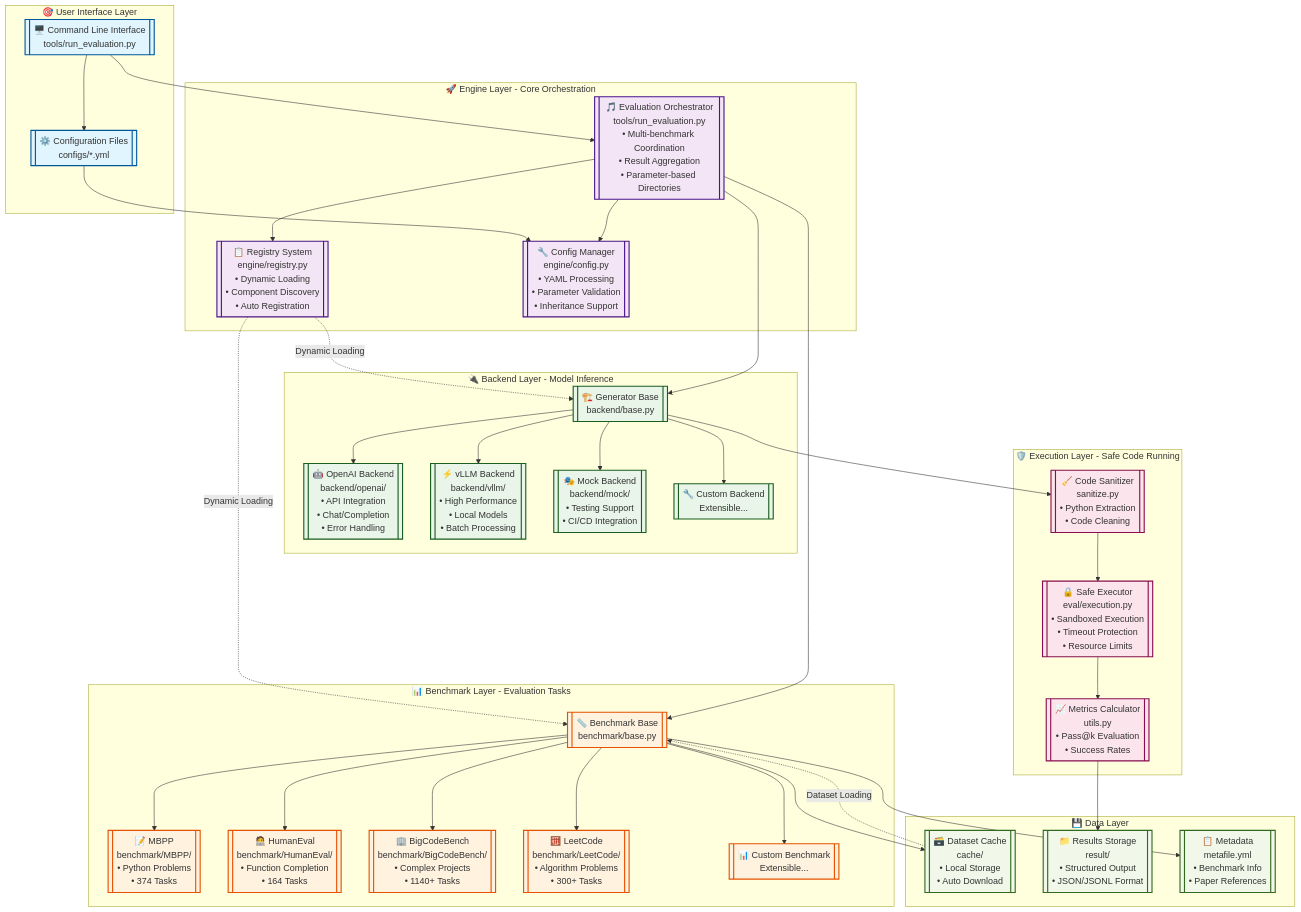
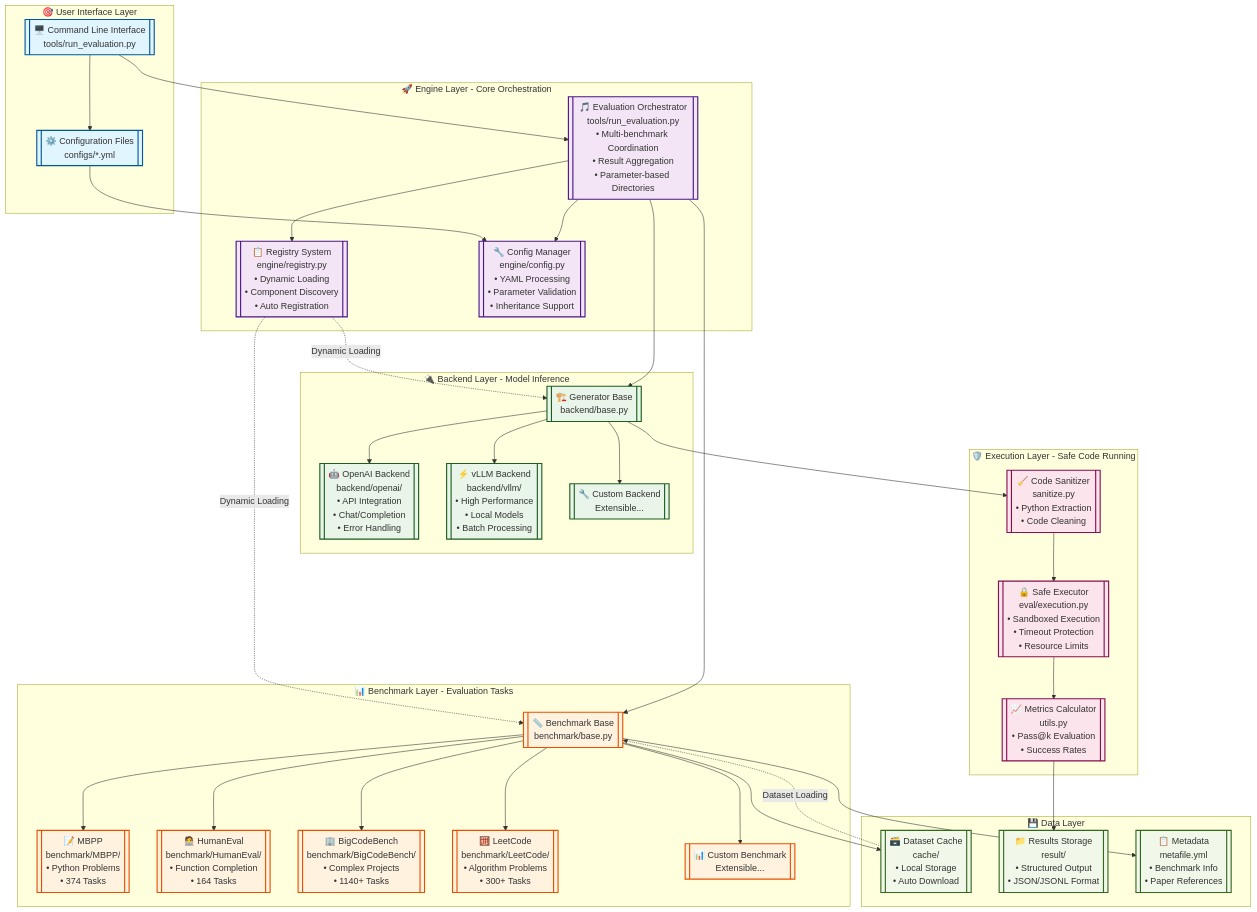
The diagram in docs/system_architecture.mmd (crkuo/twinkle_coder_eval), drawn with Mermaid before and after one commit. The commit also changed 19 other files, not shown here.

First line of the commit message:
Add new benchmarks, fix OpenAI backend, and enhance framework architecture

```diff
--- a/docs/system_architecture.mmd
+++ b/docs/system_architecture.mmd
@@ -1,92 +1,90 @@
 graph TB
     subgraph "🎯 User Interface Layer"
         CLI[["🖥️ Command Line Interface<br/>tools/run_evaluation.py"]]
         CONFIG[["⚙️ Configuration Files<br/>configs/*.yml"]]
     end
     
     subgraph "🚀 Engine Layer - Core Orchestration"
         REGISTRY[["📋 Registry System<br/>engine/registry.py<br/>• Dynamic Loading<br/>• Component Discovery<br/>• Auto Registration"]]
         CONFIGMGR[["🔧 Config Manager<br/>engine/config.py<br/>• YAML Processing<br/>• Parameter Validation<br/>• Inheritance Support"]]
         ORCHESTRATOR[["🎵 Evaluation Orchestrator<br/>tools/run_evaluation.py<br/>• Multi-benchmark Coordination<br/>• Result Aggregation<br/>• Parameter-based Directories"]]
     end
     
     subgraph "🔌 Backend Layer - Model Inference"
         BACKEND_BASE[["🏗️ Generator Base<br/>backend/base.py"]]
         OPENAI[["🤖 OpenAI Backend<br/>backend/openai/<br/>• API Integration<br/>• Chat/Completion<br/>• Error Handling"]]
         VLLM[["⚡ vLLM Backend<br/>backend/vllm/<br/>• High Performance<br/>• Local Models<br/>• Batch Processing"]]
-        MOCK[["🎭 Mock Backend<br/>backend/mock/<br/>• Testing Support<br/>• CI/CD Integration"]]
         CUSTOM_BACKEND[["🔧 Custom Backend<br/>Extensible..."]]
     end
     
     subgraph "📊 Benchmark Layer - Evaluation Tasks"
         BENCHMARK_BASE[["📏 Benchmark Base<br/>benchmark/base.py"]]
         MBPP[["📝 MBPP<br/>benchmark/MBPP/<br/>• Python Problems<br/>• 374 Tasks"]]
         HUMANEVAL[["🧑‍💻 HumanEval<br/>benchmark/HumanEval/<br/>• Function Completion<br/>• 164 Tasks"]]
         BIGCODEBENCH[["🏢 BigCodeBench<br/>benchmark/BigCodeBench/<br/>• Complex Projects<br/>• 1140+ Tasks"]]
         LEETCODE[["🧮 LeetCode<br/>benchmark/LeetCode/<br/>• Algorithm Problems<br/>• 300+ Tasks"]]
         CUSTOM_BENCHMARK[["📊 Custom Benchmark<br/>Extensible..."]]
     end
     
     subgraph "🛡️ Execution Layer - Safe Code Running"
         SANITIZER[["🧹 Code Sanitizer<br/>sanitize.py<br/>• Python Extraction<br/>• Code Cleaning"]]
         EXECUTOR[["🔒 Safe Executor<br/>eval/execution.py<br/>• Sandboxed Execution<br/>• Timeout Protection<br/>• Resource Limits"]]
         METRICS[["📈 Metrics Calculator<br/>utils.py<br/>• Pass@k Evaluation<br/>• Success Rates"]]
     end
     
     subgraph "💾 Data Layer"
         CACHE[["🗃️ Dataset Cache<br/>cache/<br/>• Local Storage<br/>• Auto Download"]]
         RESULTS[["📁 Results Storage<br/>result/<br/>• Structured Output<br/>• JSON/JSONL Format"]]
         METADATA[["📋 Metadata<br/>metafile.yml<br/>• Benchmark Info<br/>• Paper References"]]
     end
     
     %% User Flow
     CLI --> CONFIG
     CONFIG --> CONFIGMGR
     CLI --> ORCHESTRATOR
     
     %% Engine Layer Connections
     ORCHESTRATOR --> REGISTRY
     ORCHESTRATOR --> CONFIGMGR
     REGISTRY -.->|"Dynamic Loading"| BACKEND_BASE
     REGISTRY -.->|"Dynamic Loading"| BENCHMARK_BASE
     
     %% Backend Registration
     BACKEND_BASE --> OPENAI
     BACKEND_BASE --> VLLM
-    BACKEND_BASE --> MOCK
     BACKEND_BASE --> CUSTOM_BACKEND
     
     %% Benchmark Registration  
     BENCHMARK_BASE --> MBPP
     BENCHMARK_BASE --> HUMANEVAL
     BENCHMARK_BASE --> BIGCODEBENCH
     BENCHMARK_BASE --> LEETCODE
     BENCHMARK_BASE --> CUSTOM_BENCHMARK
     
     %% Execution Flow
     ORCHESTRATOR --> BACKEND_BASE
     ORCHESTRATOR --> BENCHMARK_BASE
     BACKEND_BASE --> SANITIZER
     SANITIZER --> EXECUTOR
     EXECUTOR --> METRICS
     METRICS --> RESULTS
     
     %% Data Flow
     BENCHMARK_BASE --> CACHE
     BENCHMARK_BASE --> METADATA
     CACHE -.->|"Dataset Loading"| BENCHMARK_BASE
     
     %% Styling
     classDef userLayer fill:#e1f5fe,stroke:#01579b,stroke-width:2px
     classDef engineLayer fill:#f3e5f5,stroke:#4a148c,stroke-width:2px
     classDef backendLayer fill:#e8f5e8,stroke:#1b5e20,stroke-width:2px
     classDef benchmarkLayer fill:#fff3e0,stroke:#e65100,stroke-width:2px
     classDef executionLayer fill:#fce4ec,stroke:#880e4f,stroke-width:2px
     classDef dataLayer fill:#f1f8e9,stroke:#33691e,stroke-width:2px
     
     class CLI,CONFIG userLayer
     class REGISTRY,CONFIGMGR,ORCHESTRATOR engineLayer
-    class BACKEND_BASE,OPENAI,VLLM,MOCK,CUSTOM_BACKEND backendLayer
+    class BACKEND_BASE,OPENAI,VLLM,CUSTOM_BACKEND backendLayer
     class BENCHMARK_BASE,MBPP,HUMANEVAL,BIGCODEBENCH,LEETCODE,CUSTOM_BENCHMARK benchmarkLayer
     class SANITIZER,EXECUTOR,METRICS executionLayer
     class CACHE,RESULTS,METADATA dataLayer
```
